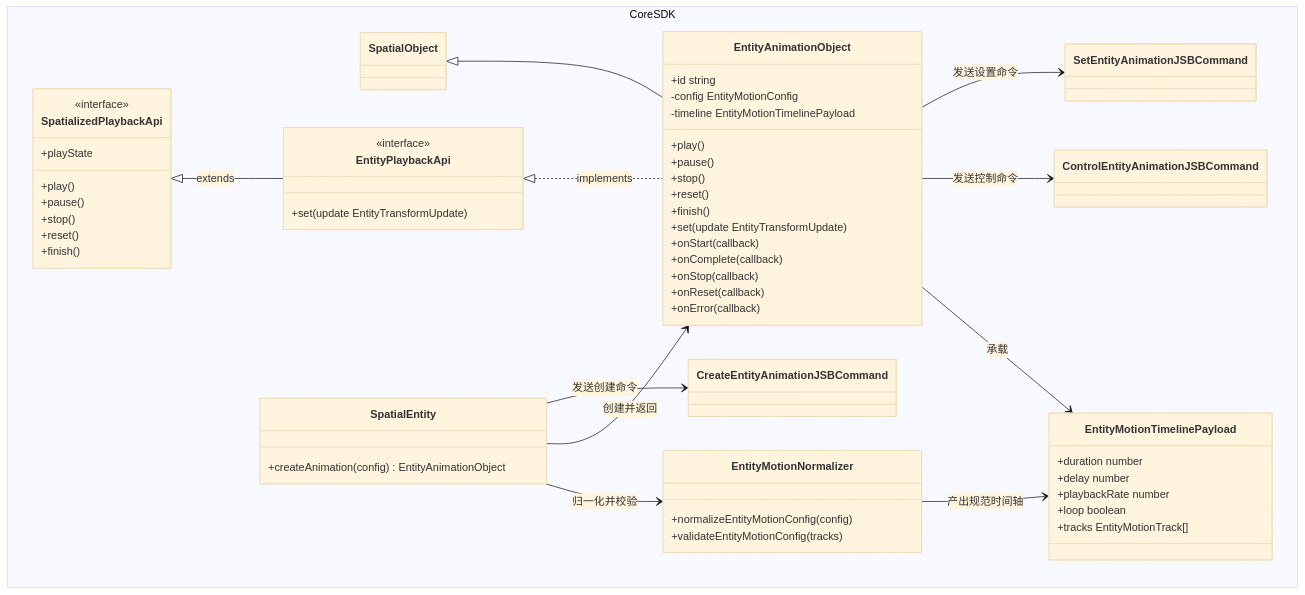
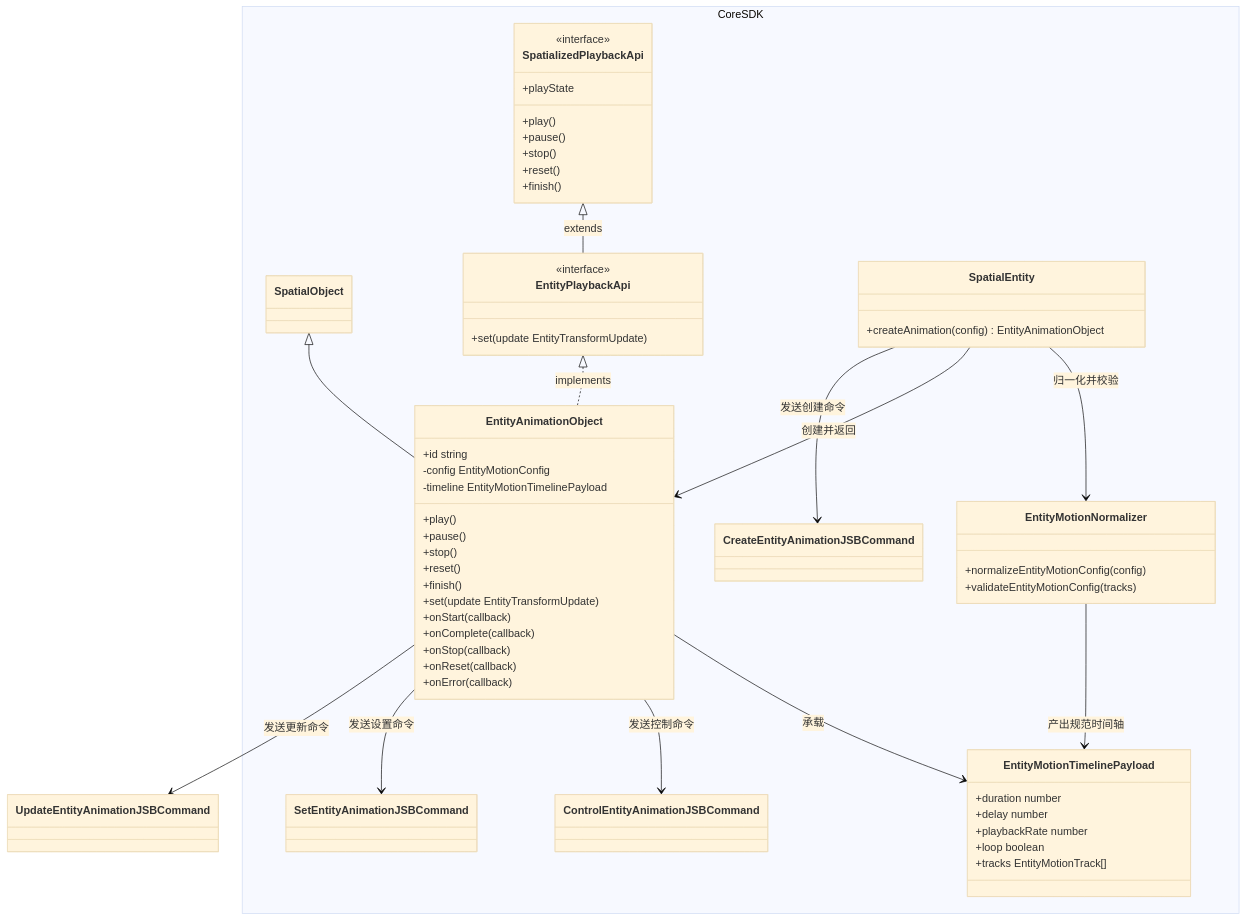
Before and after one commit to webspatial/webspatial-sdk: the sixth of 14 diagrams in openspec/changes/redesign-entity-motion-api/design.zh.md, drawn with Mermaid (base theme). The commit also changed other lines of this file and 7 other files, not shown here.

````diff
--- a/openspec/changes/redesign-entity-motion-api/design.zh.md
+++ b/openspec/changes/redesign-entity-motion-api/design.zh.md
@@ -591,62 +610,63 @@
 ```mermaid
 classDiagram
     namespace CoreSDK {
         class SpatialObject
         class SpatializedPlaybackApi {
             <<interface>>
             +play()
             +pause()
             +stop()
             +reset()
             +finish()
             +playState
         }
         class EntityPlaybackApi {
             <<interface>>
             +set(update EntityTransformUpdate)
         }
         class SpatialEntity {
             +createAnimation(config) EntityAnimationObject
         }
         class EntityMotionNormalizer {
             +normalizeEntityMotionConfig(config)
             +validateEntityMotionConfig(tracks)
         }
         class EntityMotionTimelinePayload {
             +duration number
             +delay number
             +playbackRate number
             +loop boolean
             +tracks EntityMotionTrack[]
         }
         class EntityAnimationObject {
             +id string
             -config EntityMotionConfig
             -timeline EntityMotionTimelinePayload
             +play()
             +pause()
             +stop()
             +reset()
             +finish()
             +set(update EntityTransformUpdate)
             +onStart(callback)
             +onComplete(callback)
             +onStop(callback)
             +onReset(callback)
             +onError(callback)
         }
         class CreateEntityAnimationJSBCommand
         class ControlEntityAnimationJSBCommand
         class SetEntityAnimationJSBCommand
     }
     SpatializedPlaybackApi <|-- EntityPlaybackApi : extends
     SpatialObject <|-- EntityAnimationObject
     EntityPlaybackApi <|.. EntityAnimationObject : implements
     SpatialEntity --> EntityMotionNormalizer : 归一化并校验
     EntityMotionNormalizer --> EntityMotionTimelinePayload : 产出规范时间轴
     SpatialEntity --> EntityAnimationObject : 创建并返回
     EntityAnimationObject --> EntityMotionTimelinePayload : 承载
     SpatialEntity --> CreateEntityAnimationJSBCommand : 发送创建命令
     EntityAnimationObject --> ControlEntityAnimationJSBCommand : 发送控制命令
     EntityAnimationObject --> SetEntityAnimationJSBCommand : 发送设置命令
+    EntityAnimationObject --> UpdateEntityAnimationJSBCommand : 发送更新命令
 ```
````
